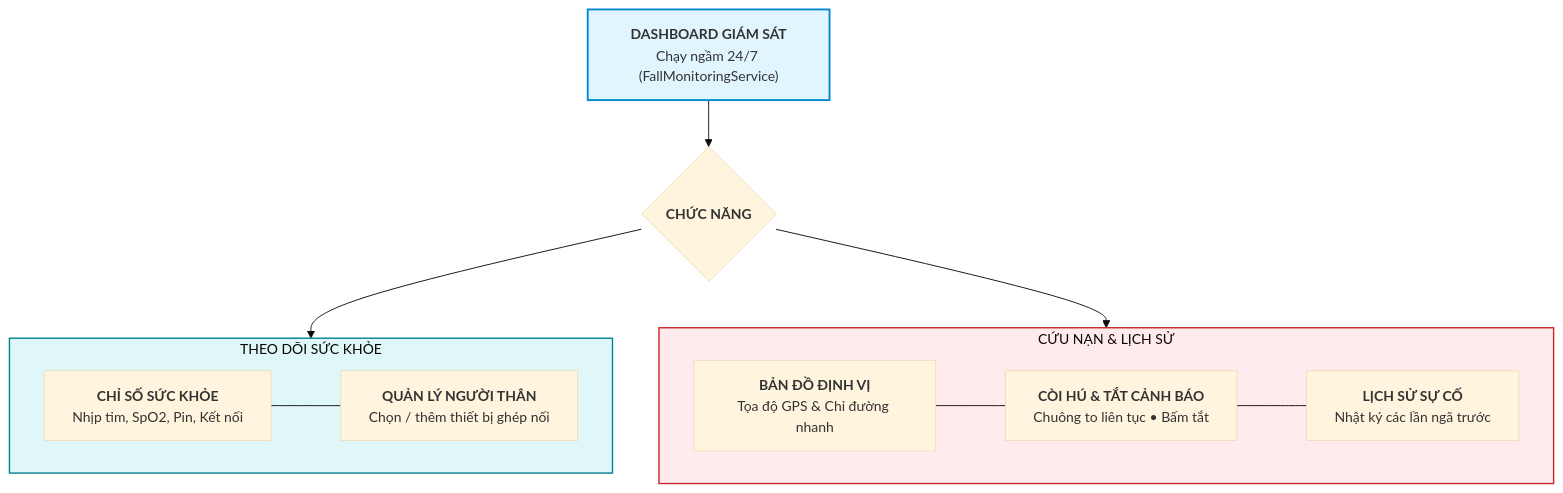
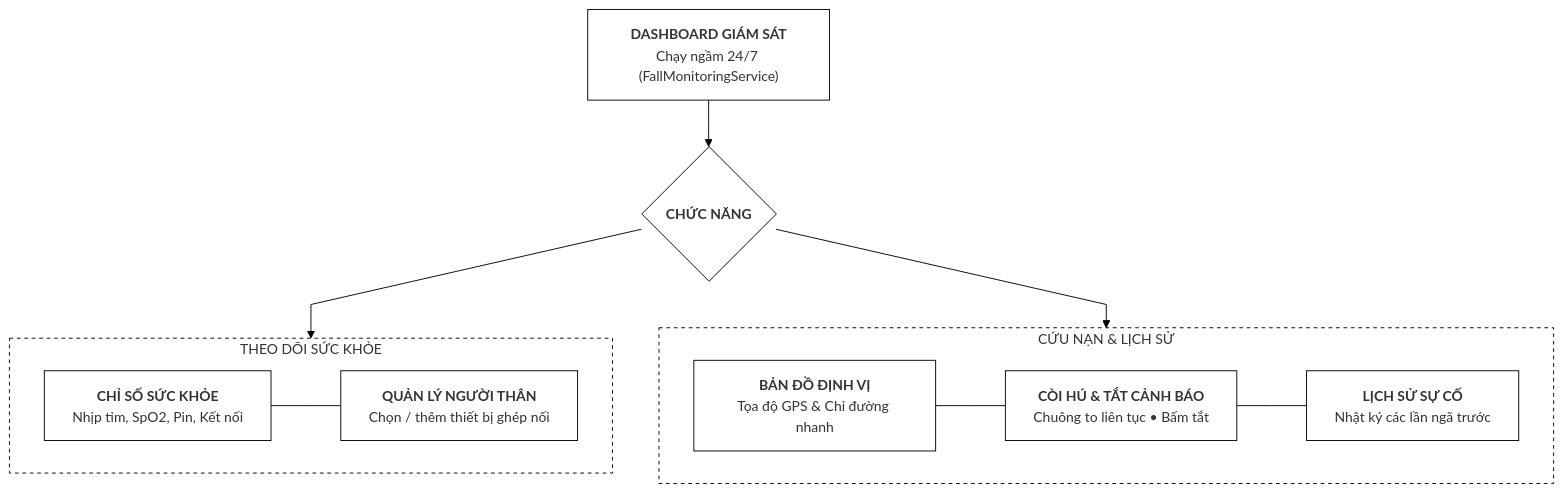
One commit to tdo129/Fall-Detection-App changed the sixth of 7 diagrams in README.md. Above: the diagram before and after it, drawn with Mermaid. The commit also changed other lines of this file, not shown here.

````diff
--- a/README.md
+++ b/README.md
@@ -190,25 +217,31 @@
 ```mermaid
-%%{init: {'theme': 'base', 'themeVariables': { 'fontSize': '15px' }}}%%
+%%{init: {'flowchart': {'curve': 'linear'}, 'themeVariables': {'fontSize': '15px', 'lineColor': '#000000'}}}%%
 flowchart TD
     S0["<b>DASHBOARD GIÁM SÁT</b><br/>Chạy ngầm 24/7 (FallMonitoringService)"] --> S_TAB{"<b>CHỨC NĂNG</b>"}
 
     subgraph G1 ["THEO DÕI SỨC KHỎE"]
         D1["<b>CHỈ SỐ SỨC KHỎE</b><br/>Nhịp tim, SpO2, Pin, Kết nối"]
         D2["<b>QUẢN LÝ NGƯỜI THÂN</b><br/>Chọn / thêm thiết bị ghép nối"]
         D1 --- D2
     end
 
     subgraph G2 ["CỨU NẠN & LỊCH SỬ"]
         M1["<b>BẢN ĐỒ ĐỊNH VỊ</b><br/>Tọa độ GPS & Chỉ đường nhanh"]
         M2["<b>CÒI HÚ & TẮT CẢNH BÁO</b><br/>Chuông to liên tục • Bấm tắt"]
         M3["<b>LỊCH SỬ SỰ CỐ</b><br/>Nhật ký các lần ngã trước"]
         M1 --- M2 --- M3
     end
 
     S_TAB --> G1
     S_TAB --> G2
 
-    style S0 fill:#e1f5fe,stroke:#0288d1,stroke-width:2px
-    style G1 fill:#e0f7fa,stroke:#00838f,stroke-width:1.5px
-    style G2 fill:#ffebee,stroke:#c62828,stroke-width:1.5px
+    style G1 fill:#ffffff,stroke:#000000,stroke-width:1px,stroke-dasharray: 4 4
+    style G2 fill:#ffffff,stroke:#000000,stroke-width:1px,stroke-dasharray: 4 4
+    style S0 fill:#ffffff,stroke:#000000,stroke-width:1px
+    style S_TAB fill:#ffffff,stroke:#000000,stroke-width:1px
+    style D1 fill:#ffffff,stroke:#000000,stroke-width:1px
+    style D2 fill:#ffffff,stroke:#000000,stroke-width:1px
+    style M1 fill:#ffffff,stroke:#000000,stroke-width:1px
+    style M2 fill:#ffffff,stroke:#000000,stroke-width:1px
+    style M3 fill:#ffffff,stroke:#000000,stroke-width:1px
 ```
````
